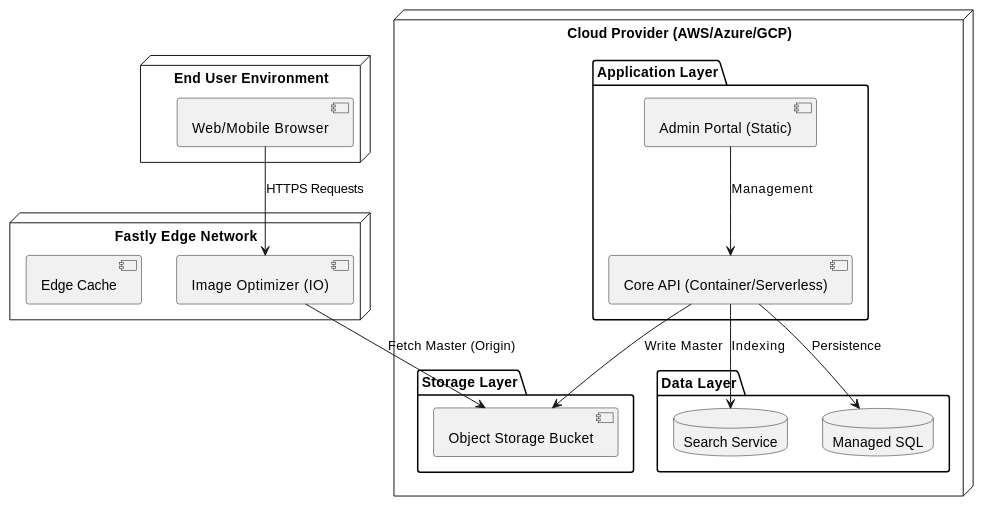
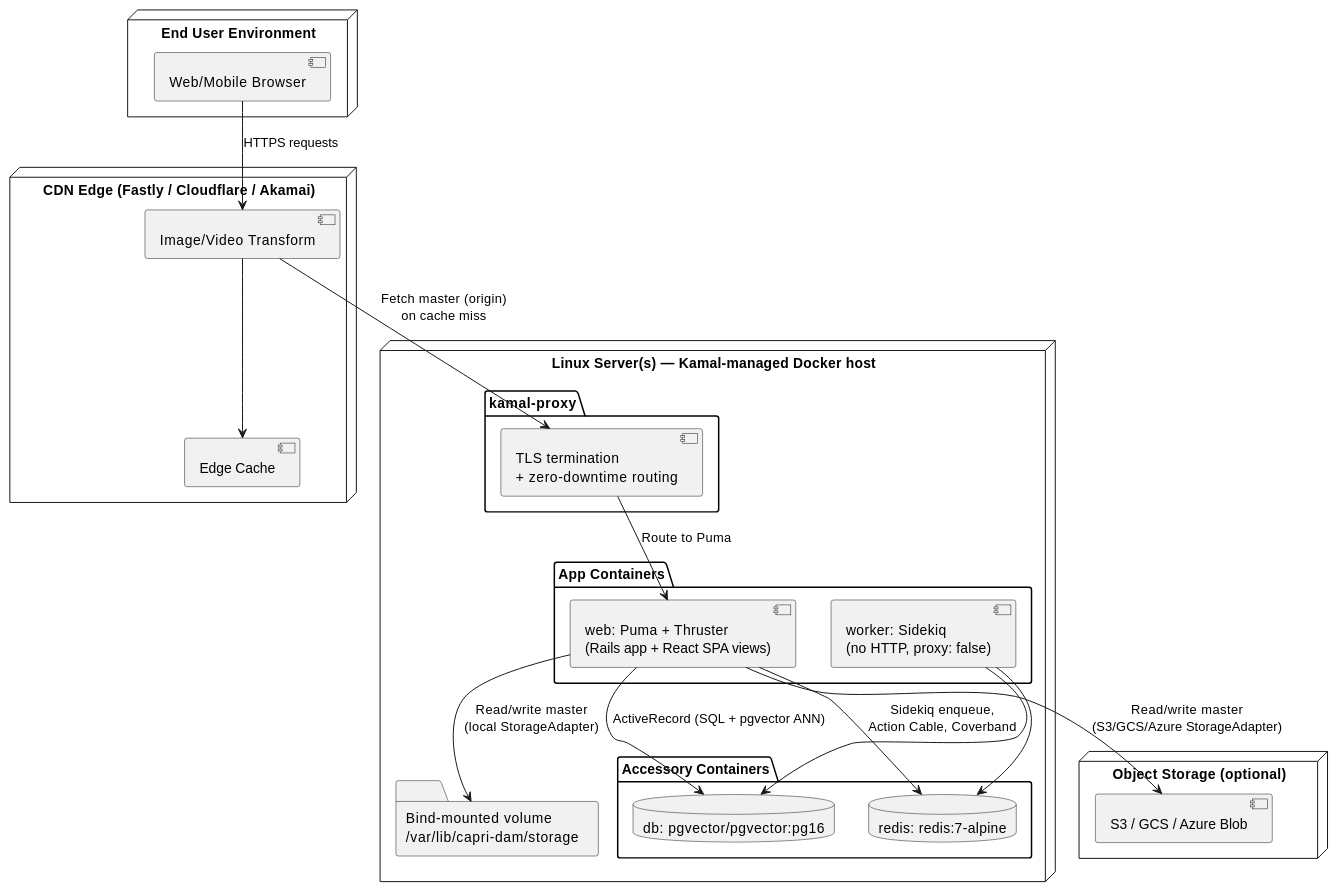
One commit to Capri-Labs/capri-dam changed the first of 2 diagrams in docs/architecture/src/07_deployment_view.adoc. Above: the diagram before and after it, drawn with PlantUML. The commit also changed other lines of this file and 50 other files, not shown here.

```diff
--- a/docs/architecture/src/07_deployment_view.adoc
+++ b/docs/architecture/src/07_deployment_view.adoc
@@ -9,36 +21,45 @@
 [plantuml, target="deployment-level-1", format="svg"]
 ....
 @startuml
 skinparam componentStyle uml2
 
 node "End User Environment" {
     [Web/Mobile Browser] as Browser
 }
 
-node "Fastly Edge Network" {
-    [Image Optimizer (IO)] as EdgeIO
+node "CDN Edge (Fastly / Cloudflare / Akamai)" {
+    [Image/Video Transform] as EdgeIO
     [Edge Cache] as Cache
 }
 
-node "Cloud Provider (AWS/Azure/GCP)" {
-    package "Application Layer" {
-        [Admin Portal (Static)] as StaticUI
-        [Core API (Container/Serverless)] as API
+node "Linux Server(s) — Kamal-managed Docker host" {
+    package "kamal-proxy" {
+        [TLS termination\n+ zero-downtime routing] as Proxy
     }
-    package "Data Layer" {
-        database "Managed SQL" as DB
-        database "Search Service" as Search
+    package "App Containers" {
+        [web: Puma + Thruster\n(Rails app + React SPA views)] as Web
+        [worker: Sidekiq\n(no HTTP, proxy: false)] as Worker
     }
-    package "Storage Layer" {
-        [Object Storage Bucket] as S3
+    package "Accessory Containers" {
+        database "db: pgvector/pgvector:pg16" as DB
+        database "redis: redis:7-alpine" as Redis
     }
+    folder "Bind-mounted volume\n/var/lib/capri-dam/storage" as LocalDisk
 }
 
-Browser --> EdgeIO : "HTTPS Requests"
-EdgeIO --> S3 : "Fetch Master (Origin)"
-API --> S3 : "Write Master"
-API --> DB : "Persistence"
-API --> Search : "Indexing"
-StaticUI --> API : "Management"
+node "Object Storage (optional)" {
+    [S3 / GCS / Azure Blob] as CloudStorage
+}
+
+Browser  --> EdgeIO  : HTTPS requests
+EdgeIO   --> Cache
+EdgeIO   --> Proxy   : Fetch master (origin)\non cache miss
+Proxy    --> Web     : Route to Puma
+Web      --> DB      : ActiveRecord (SQL + pgvector ANN)
+Web      --> Redis   : Sidekiq enqueue,\nAction Cable, Coverband
+Worker   --> DB
+Worker   --> Redis
+Web      --> LocalDisk : Read/write master\n(local StorageAdapter)
+Web      --> CloudStorage : Read/write master\n(S3/GCS/Azure StorageAdapter)
 @enduml
 ....
```
